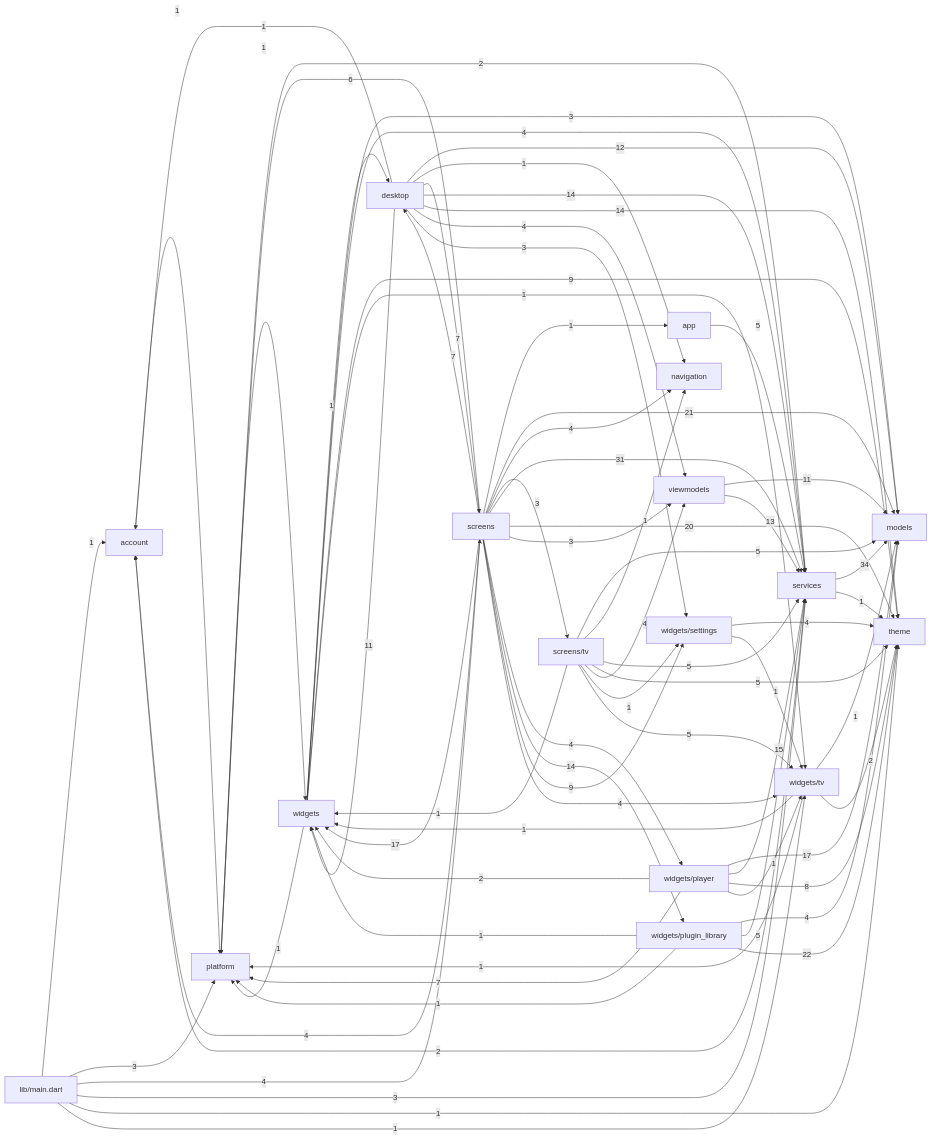
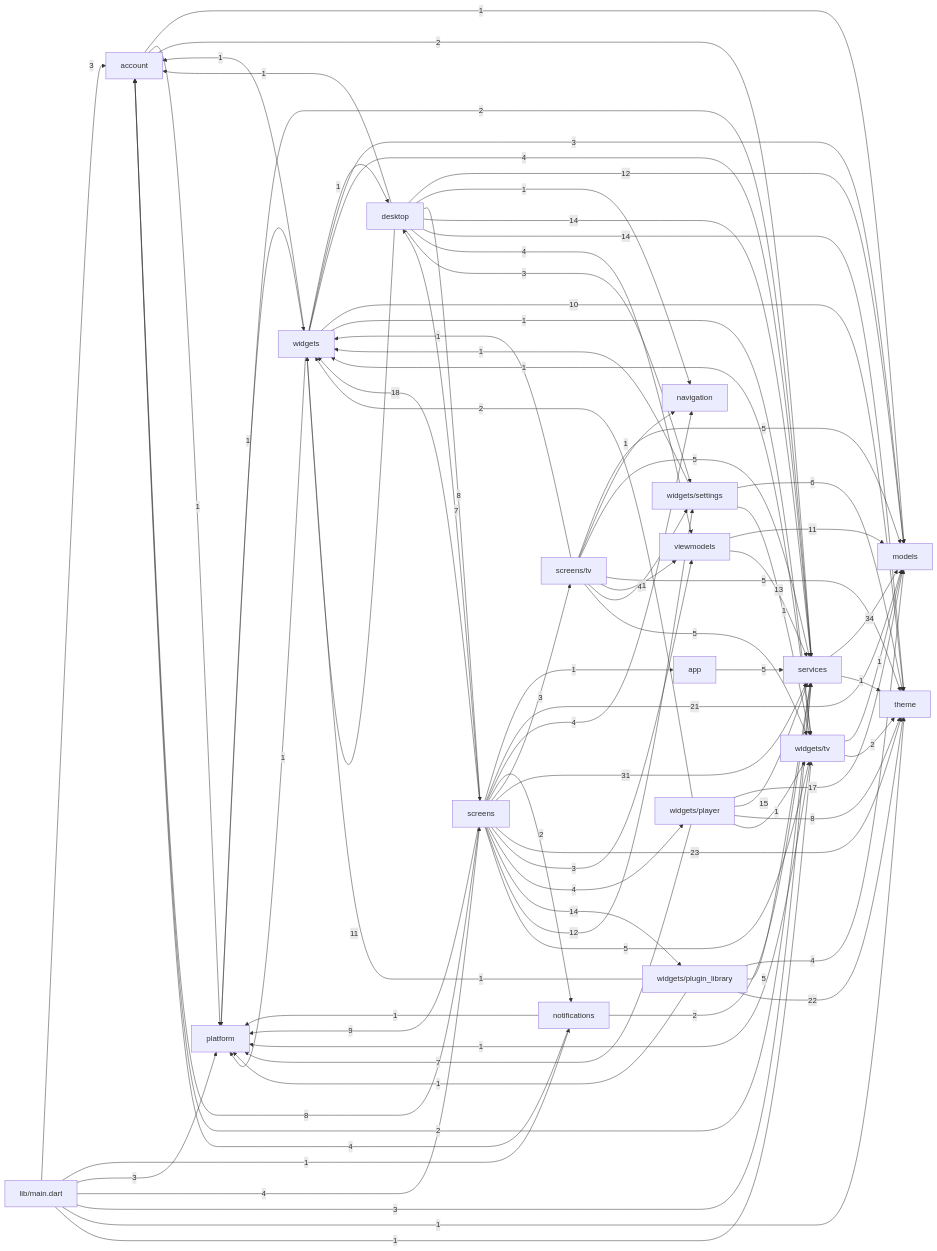
Before and after one commit to frnzeeey/reelish: the diagram in docs/codebase/dependency-map.md, drawn with Mermaid. The commit also changed other lines of this file and 182 other files, not shown here.

````diff
--- a/docs/codebase/dependency-map.md
+++ b/docs/codebase/dependency-map.md
@@ -11,73 +11,82 @@
 ```mermaid
 graph LR
-  lib_main_dart["lib/main.dart"] -->|1| account["account"]
+  lib_main_dart["lib/main.dart"] -->|3| account["account"]
+  lib_main_dart["lib/main.dart"] -->|1| notifications["notifications"]
   lib_main_dart["lib/main.dart"] -->|3| platform["platform"]
   lib_main_dart["lib/main.dart"] -->|4| screens["screens"]
   lib_main_dart["lib/main.dart"] -->|3| services["services"]
   lib_main_dart["lib/main.dart"] -->|1| theme["theme"]
   lib_main_dart["lib/main.dart"] -->|1| widgets_tv["widgets/tv"]
+  account["account"] -->|1| models["models"]
   account["account"] -->|1| platform["platform"]
+  account["account"] -->|2| services["services"]
   app["app"] -->|5| services["services"]
   desktop["desktop"] -->|1| account["account"]
   desktop["desktop"] -->|12| models["models"]
   desktop["desktop"] -->|1| navigation["navigation"]
-  desktop["desktop"] -->|7| screens["screens"]
+  desktop["desktop"] -->|8| screens["screens"]
   desktop["desktop"] -->|14| services["services"]
   desktop["desktop"] -->|14| theme["theme"]
   desktop["desktop"] -->|4| viewmodels["viewmodels"]
   desktop["desktop"] -->|11| widgets["widgets"]
   desktop["desktop"] -->|3| widgets_settings["widgets/settings"]
+  notifications["notifications"] -->|4| account["account"]
+  notifications["notifications"] -->|1| platform["platform"]
+  notifications["notifications"] -->|2| services["services"]
   platform["platform"] -->|1| widgets["widgets"]
-  screens["screens"] -->|4| account["account"]
+  screens["screens"] -->|8| account["account"]
   screens["screens"] -->|1| app["app"]
   screens["screens"] -->|7| desktop["desktop"]
   screens["screens"] -->|21| models["models"]
   screens["screens"] -->|4| navigation["navigation"]
-  screens["screens"] -->|6| platform["platform"]
+  screens["screens"] -->|2| notifications["notifications"]
+  screens["screens"] -->|9| platform["platform"]
   screens["screens"] -->|3| screens_tv["screens/tv"]
   screens["screens"] -->|31| services["services"]
-  screens["screens"] -->|20| theme["theme"]
+  screens["screens"] -->|23| theme["theme"]
   screens["screens"] -->|3| viewmodels["viewmodels"]
-  screens["screens"] -->|17| widgets["widgets"]
+  screens["screens"] -->|18| widgets["widgets"]
   screens["screens"] -->|4| widgets_player["widgets/player"]
   screens["screens"] -->|14| widgets_plugin_library["widgets/plugin_library"]
-  screens["screens"] -->|9| widgets_settings["widgets/settings"]
-  screens["screens"] -->|4| widgets_tv["widgets/tv"]
+  screens["screens"] -->|12| widgets_settings["widgets/settings"]
+  screens["screens"] -->|5| widgets_tv["widgets/tv"]
   screens_tv["screens/tv"] -->|5| models["models"]
   screens_tv["screens/tv"] -->|1| navigation["navigation"]
   screens_tv["screens/tv"] -->|5| services["services"]
   screens_tv["screens/tv"] -->|5| theme["theme"]
   screens_tv["screens/tv"] -->|4| viewmodels["viewmodels"]
   screens_tv["screens/tv"] -->|1| widgets["widgets"]
   screens_tv["screens/tv"] -->|1| widgets_settings["widgets/settings"]
   screens_tv["screens/tv"] -->|5| widgets_tv["widgets/tv"]
   services["services"] -->|2| account["account"]
   services["services"] -->|34| models["models"]
   services["services"] -->|2| platform["platform"]
   services["services"] -->|1| theme["theme"]
   viewmodels["viewmodels"] -->|11| models["models"]
   viewmodels["viewmodels"] -->|13| services["services"]
+  widgets["widgets"] -->|1| account["account"]
   widgets["widgets"] -->|1| desktop["desktop"]
   widgets["widgets"] -->|3| models["models"]
   widgets["widgets"] -->|1| platform["platform"]
   widgets["widgets"] -->|4| services["services"]
-  widgets["widgets"] -->|9| theme["theme"]
+  widgets["widgets"] -->|10| theme["theme"]
   widgets["widgets"] -->|1| widgets_tv["widgets/tv"]
   widgets_player["widgets/player"] -->|17| models["models"]
   widgets_player["widgets/player"] -->|7| platform["platform"]
   widgets_player["widgets/player"] -->|15| services["services"]
   widgets_player["widgets/player"] -->|8| theme["theme"]
   widgets_player["widgets/player"] -->|2| widgets["widgets"]
   widgets_player["widgets/player"] -->|1| widgets_tv["widgets/tv"]
   widgets_plugin_library["widgets/plugin_library"] -->|4| models["models"]
   widgets_plugin_library["widgets/plugin_library"] -->|1| platform["platform"]
   widgets_plugin_library["widgets/plugin_library"] -->|5| services["services"]
   widgets_plugin_library["widgets/plugin_library"] -->|22| theme["theme"]
   widgets_plugin_library["widgets/plugin_library"] -->|1| widgets["widgets"]
-  widgets_settings["widgets/settings"] -->|4| theme["theme"]
+  widgets_settings["widgets/settings"] -->|6| theme["theme"]
+  widgets_settings["widgets/settings"] -->|1| widgets["widgets"]
   widgets_settings["widgets/settings"] -->|1| widgets_tv["widgets/tv"]
   widgets_tv["widgets/tv"] -->|1| models["models"]
   widgets_tv["widgets/tv"] -->|1| platform["platform"]
   widgets_tv["widgets/tv"] -->|2| theme["theme"]
   widgets_tv["widgets/tv"] -->|1| widgets["widgets"]
 ```
````
